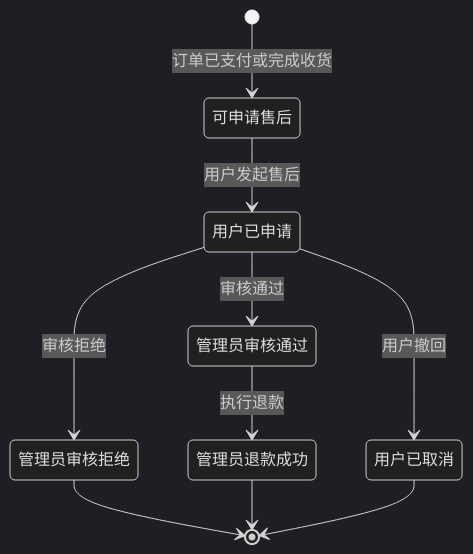
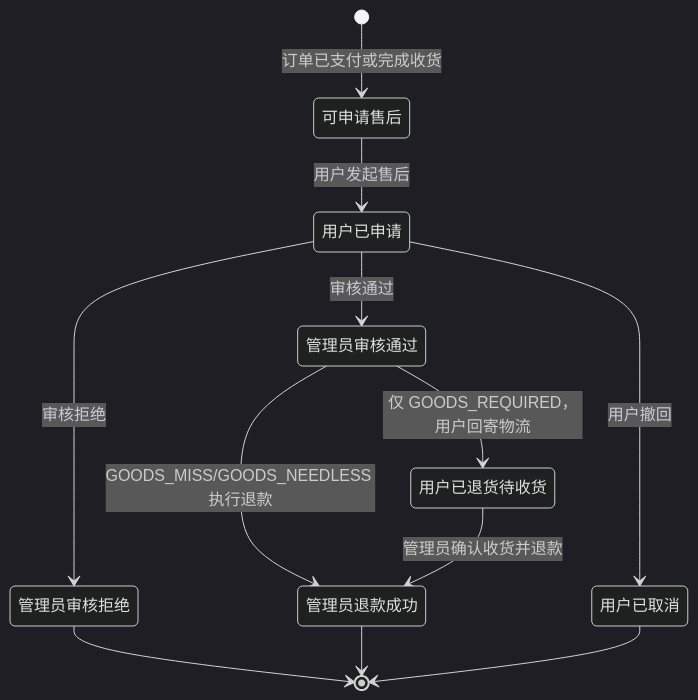
The fourth of 4 diagrams in docs/design/flow-overview.md (entropy-cloud/nop-app-mall), drawn with Mermaid (dark theme) before and after one commit. The commit also changed other lines of this file and 4 other files, not shown here.

First line of the commit message:
docs(mall): plan-2026-06-28-2042 docs/design/roadmap/log update

````diff
--- a/docs/design/flow-overview.md
+++ b/docs/design/flow-overview.md
@@ -96,12 +96,14 @@
 ```mermaid
 stateDiagram-v2
     [*] --> 可申请售后: 订单已支付或完成收货
     可申请售后 --> 用户已申请: 用户发起售后
     用户已申请 --> 管理员审核通过: 审核通过
     用户已申请 --> 管理员审核拒绝: 审核拒绝
     用户已申请 --> 用户已取消: 用户撤回
-    管理员审核通过 --> 管理员退款成功: 执行退款
+    管理员审核通过 --> 用户已退货待收货: 仅 GOODS_REQUIRED，用户回寄物流
+    管理员审核通过 --> 管理员退款成功: GOODS_MISS/GOODS_NEEDLESS 执行退款
+    用户已退货待收货 --> 管理员退款成功: 管理员确认收货并退款
     管理员审核拒绝 --> [*]
     管理员退款成功 --> [*]
     用户已取消 --> [*]
 ```
````
